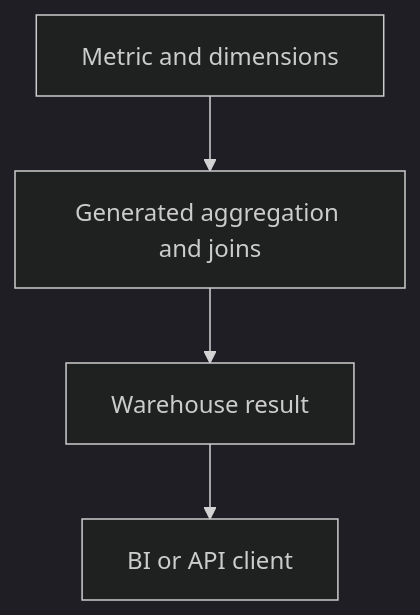
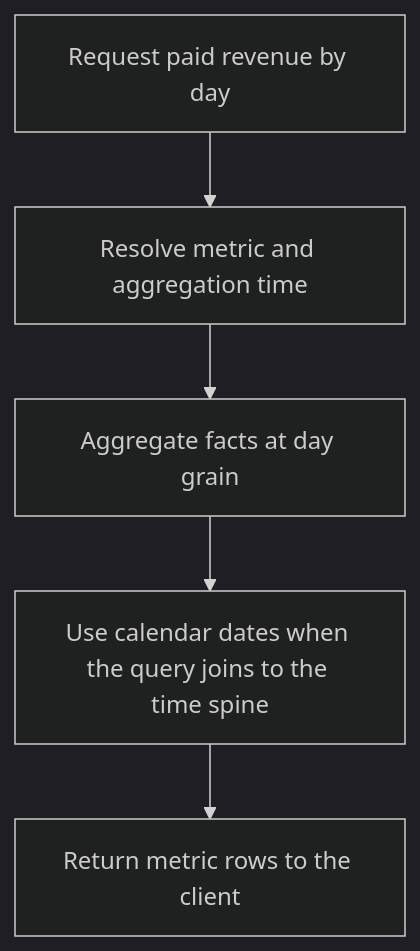
The diagram in docs/lessons/0027-metrics-time-spine-and-downstream-integrations.md (Rohit1024/dbt-learn), drawn with Mermaid (dark theme) before and after one commit. The commit also changed other lines of this file and 4 other files, not shown here.

````diff
--- a/docs/lessons/0027-metrics-time-spine-and-downstream-integrations.md
+++ b/docs/lessons/0027-metrics-time-spine-and-downstream-integrations.md
@@ -7,8 +15,7 @@
 ```mermaid
 flowchart TD
-    A["Metric and dimensions"]
-    B["Generated aggregation and joins"]
-    C["Warehouse result"]
-    D["BI or API client"]
-    A --> B --> C --> D
+    A["Request paid revenue by day"] --> B["Resolve metric and aggregation time"]
+    B --> C["Aggregate facts at day grain"]
+    C --> D["Use calendar dates when the query joins to the time spine"]
+    D --> E["Return metric rows to the client"]
 ```
````
